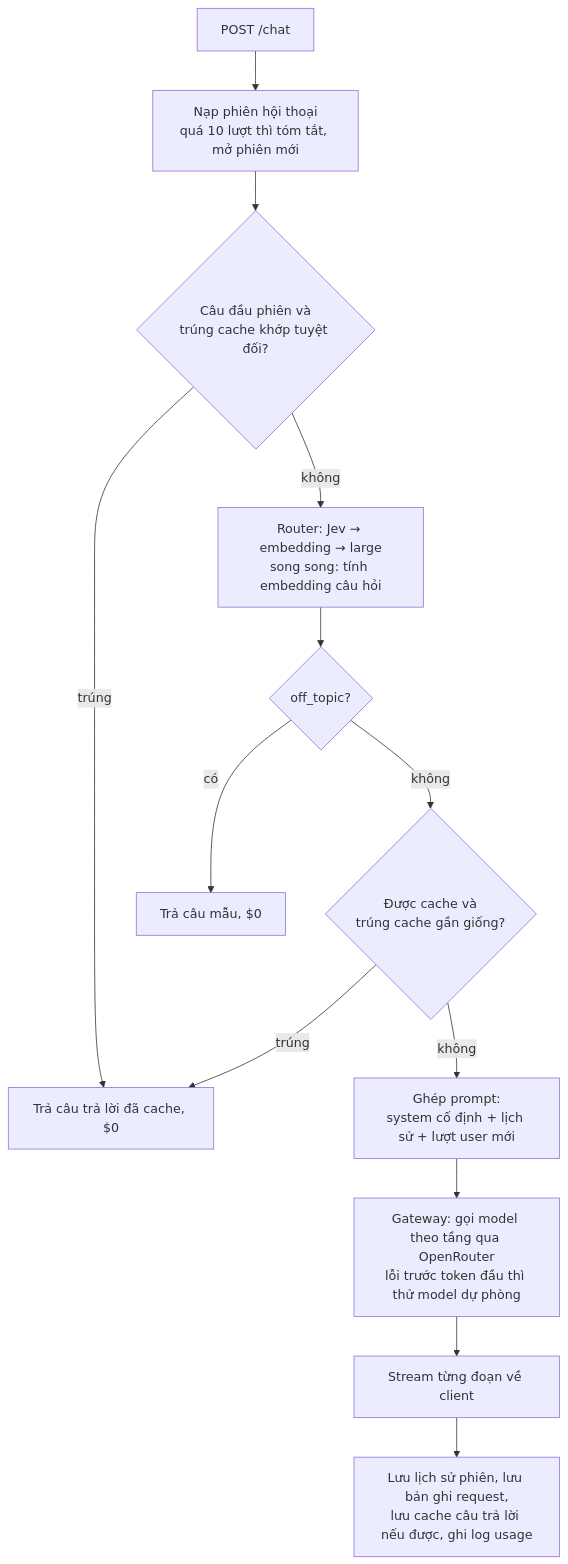
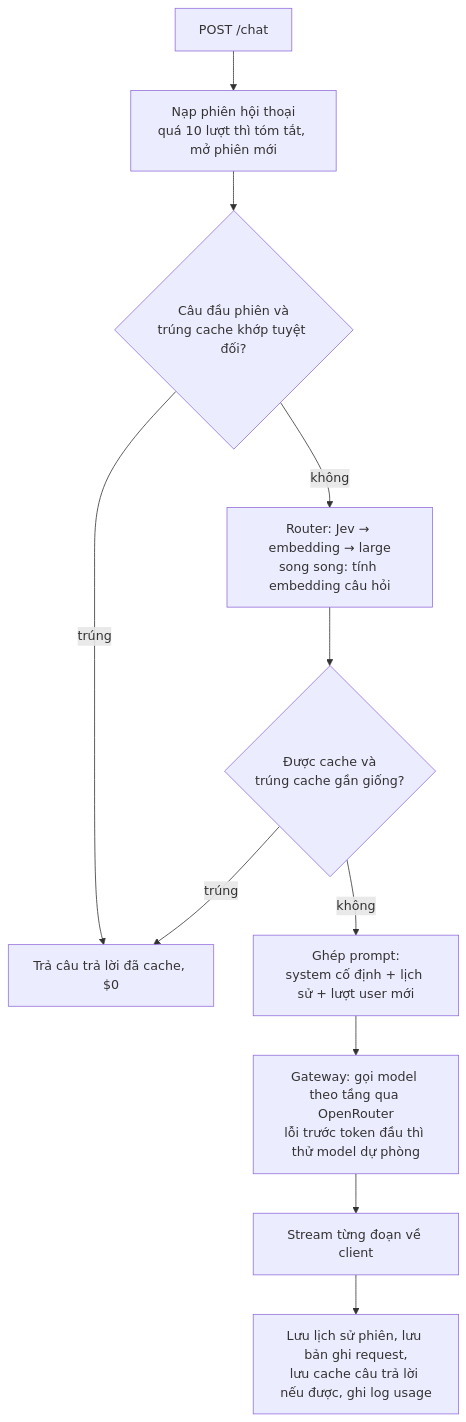
One commit to HieuDevs/cag changed the first of 2 diagrams in docs/how-it-works.md. Above: the diagram before and after it, drawn with Mermaid. The commit also changed other lines of this file and 24 other files, not shown here.

````diff
--- a/docs/how-it-works.md
+++ b/docs/how-it-works.md
@@ -24,15 +24,13 @@
 ```mermaid
 flowchart TD
     A[POST /chat] --> D[Nạp phiên hội thoại<br/>quá 10 lượt thì tóm tắt, mở phiên mới]
     D --> E{Câu đầu phiên và<br/>trúng cache khớp tuyệt đối?}
     E -- trúng --> Z1[Trả câu trả lời đã cache, $0]
     E -- không --> F[Router: Jev → embedding → large<br/>song song: tính embedding câu hỏi]
-    F --> G{off_topic?}
-    G -- có --> Z2[Trả câu mẫu, $0]
-    G -- không --> I{Được cache và<br/>trúng cache gần giống?}
+    F --> I{Được cache và<br/>trúng cache gần giống?}
     I -- trúng --> Z1
     I -- không --> J[Ghép prompt:<br/>system cố định + lịch sử + lượt user mới]
     J --> K[Gateway: gọi model theo tầng qua OpenRouter<br/>lỗi trước token đầu thì thử model dự phòng]
     K --> L[Stream từng đoạn về client]
     L --> M[Lưu lịch sử phiên, lưu bản ghi request,<br/>lưu cache câu trả lời nếu được, ghi log usage]
 ```
````
